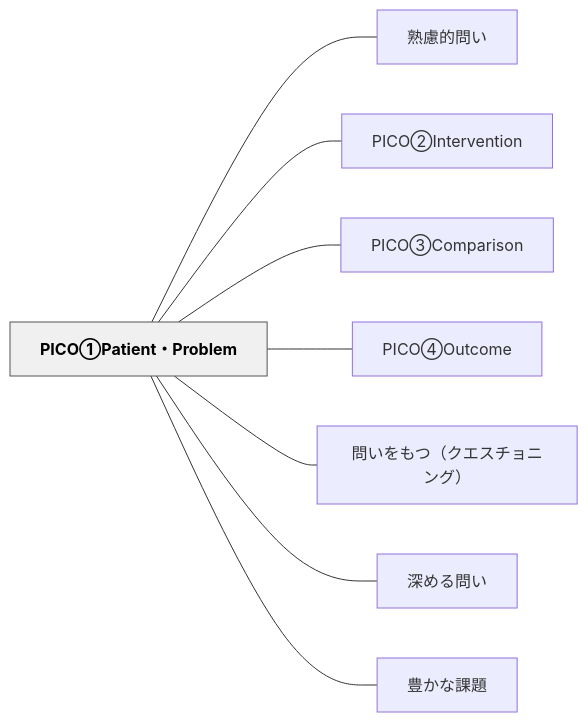
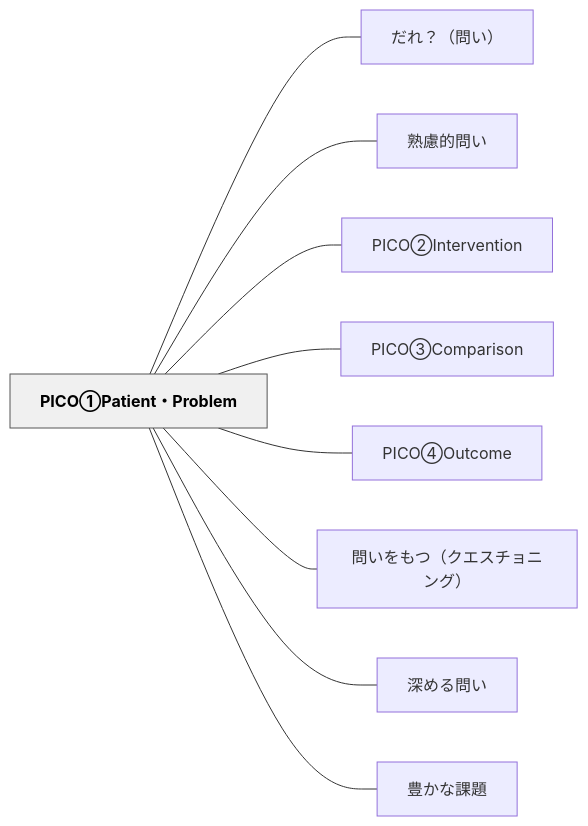
Before and after one commit to unknownthings-ed-patterns/unknownthings-ed-patterns: the diagram in content/パタン/PICO①Patient・Problem.md, drawn with Mermaid. The commit also changed other lines of this file and 36 other files, not shown here.

````diff
--- a/content/パタン/PICO①Patient・Problem.md
+++ b/content/パタン/PICO①Patient・Problem.md
@@ -45,22 +46,24 @@
 ```mermaid
 flowchart LR
     n5049434fe291a050617469656e74e383bb50726f626c656d["PICO①Patient・Problem"]
+    ne381a0e3828cefbc9fefbc88e5958fe38184efbc89["だれ？（問い）"]
     ne7869fe685aee79a84e5958fe38184["熟慮的問い"]
     n5049434fe291a1496e74657276656e74696f6e["PICO②Intervention"]
     n5049434fe291a2436f6d70617269736f6e["PICO③Comparison"]
     n5049434fe291a34f7574636f6d65["PICO④Outcome"]
     ne5958fe38184e38292e38282e381a4efbc88e382afe382a8e382b9e38381e383a7e3838be383b3e382b0efbc89["問いをもつ（クエスチョニング）"]
     ne6b7b1e38281e3828be5958fe38184["深める問い"]
     ne8b18ae3818be381aae8aab2e9a18c["豊かな課題"]
 
+    n5049434fe291a050617469656e74e383bb50726f626c656d --- ne381a0e3828cefbc9fefbc88e5958fe38184efbc89
     n5049434fe291a050617469656e74e383bb50726f626c656d --- ne7869fe685aee79a84e5958fe38184
     n5049434fe291a050617469656e74e383bb50726f626c656d --- n5049434fe291a1496e74657276656e74696f6e
     n5049434fe291a050617469656e74e383bb50726f626c656d --- n5049434fe291a2436f6d70617269736f6e
     n5049434fe291a050617469656e74e383bb50726f626c656d --- n5049434fe291a34f7574636f6d65
     n5049434fe291a050617469656e74e383bb50726f626c656d --- ne5958fe38184e38292e38282e381a4efbc88e382afe382a8e382b9e38381e383a7e3838be383b3e382b0efbc89
     n5049434fe291a050617469656e74e383bb50726f626c656d --- ne6b7b1e38281e3828be5958fe38184
     n5049434fe291a050617469656e74e383bb50726f626c656d --- ne8b18ae3818be381aae8aab2e9a18c
 
     classDef hub fill:#f0f0f0,stroke:#555,color:#000,font-weight:bold
     class n5049434fe291a050617469656e74e383bb50726f626c656d hub
 ```
````
